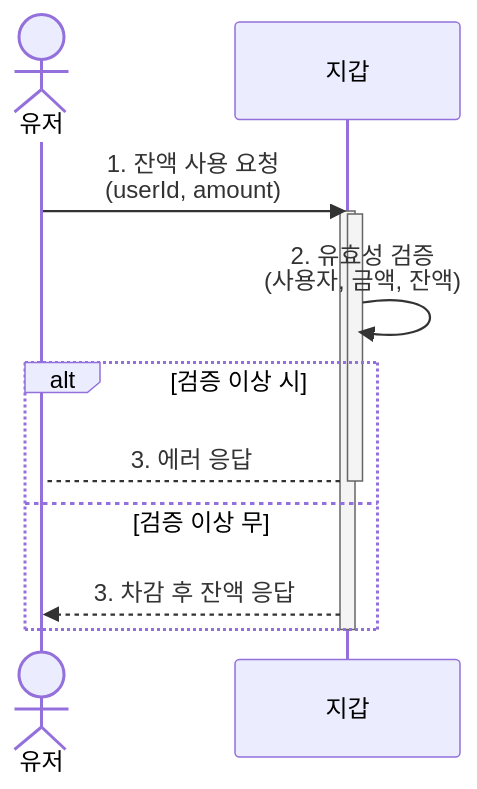
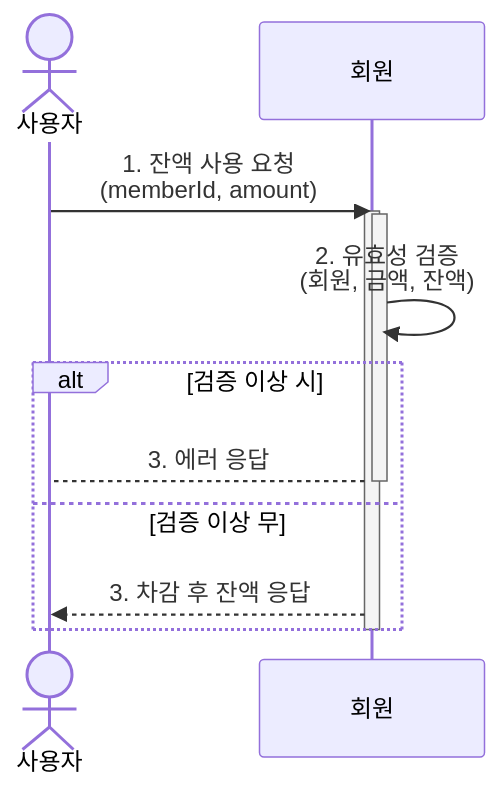
Before and after one commit to psyoongsc/hhplus-ts-server: the eighth of 15 diagrams in docs/sequence_diagram.md, drawn with Mermaid. The commit also changed other lines of this file, not shown here.

````diff
--- a/docs/sequence_diagram.md
+++ b/docs/sequence_diagram.md
@@ -152,20 +152,20 @@
         ```mermaid
         sequenceDiagram
-        	actor User as 유저
-        	participant Wallet as 지갑
+        	actor User as 사용자
+        	participant Member as 회원
         
-        		User->>Wallet: 1. 잔액 사용 요청<br/>(userId, amount)
-            Activate Wallet
+        		User->>Member: 1. 잔액 사용 요청<br/>(memberId, amount)
+            Activate Member
         
-                 Activate Wallet
-                 Wallet->>Wallet: 2. 유효성 검증<br/>(사용자, 금액, 잔액)
+                 Activate Member
+                 Member->>Member: 2. 유효성 검증<br/>(회원, 금액, 잔액)
         
                  alt 검증 이상 시
-                     Wallet-->User: 3. 에러 응답
-                 Deactivate Wallet
+                     Member-->User: 3. 에러 응답
+                 Deactivate Member
             else 검증 이상 무
-                 Wallet-->>User: 3. 차감 후 잔액 응답
+                 Member-->>User: 3. 차감 후 잔액 응답
             End
         
-            Deactivate Wallet
+            Deactivate Member
         ```
````
